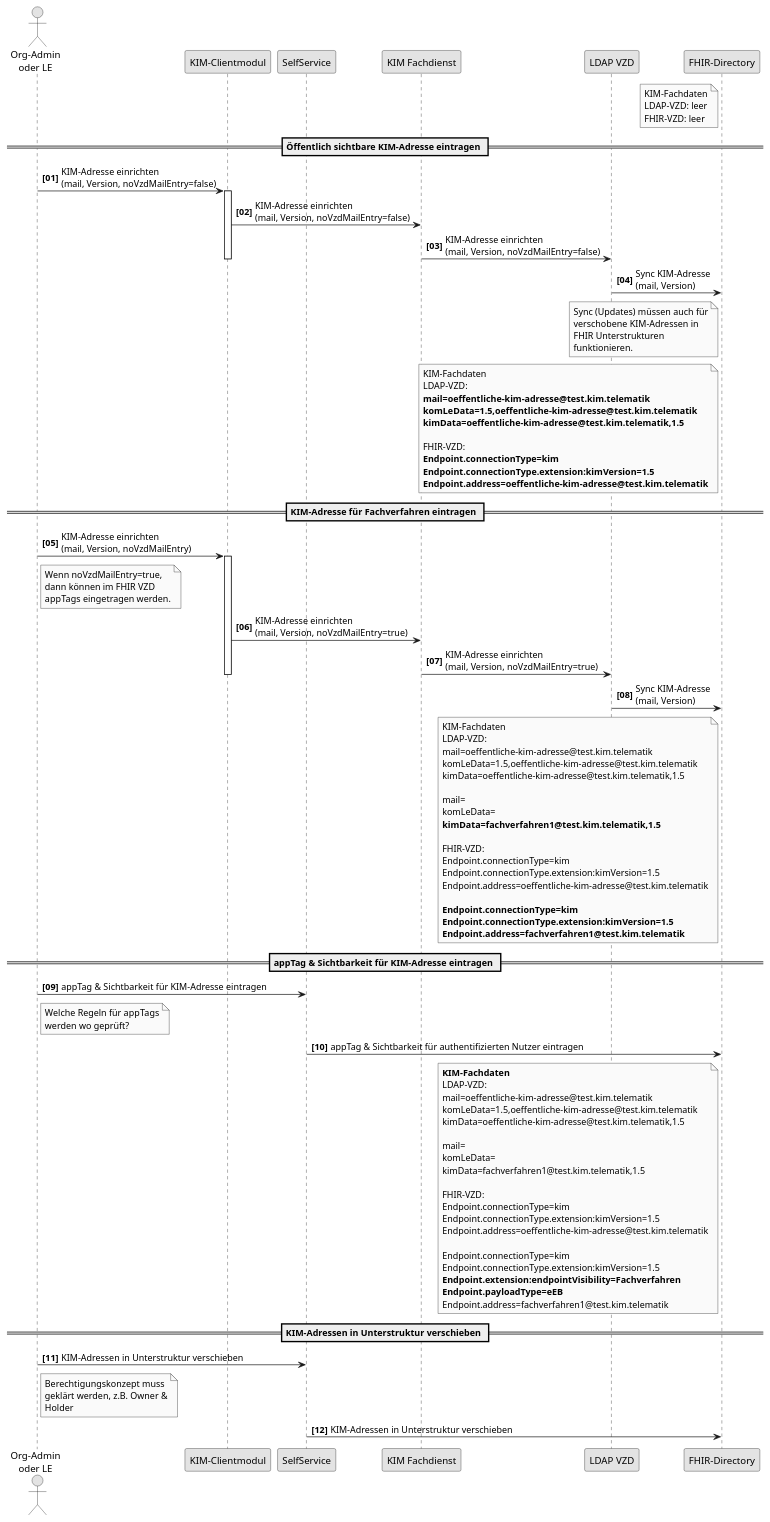
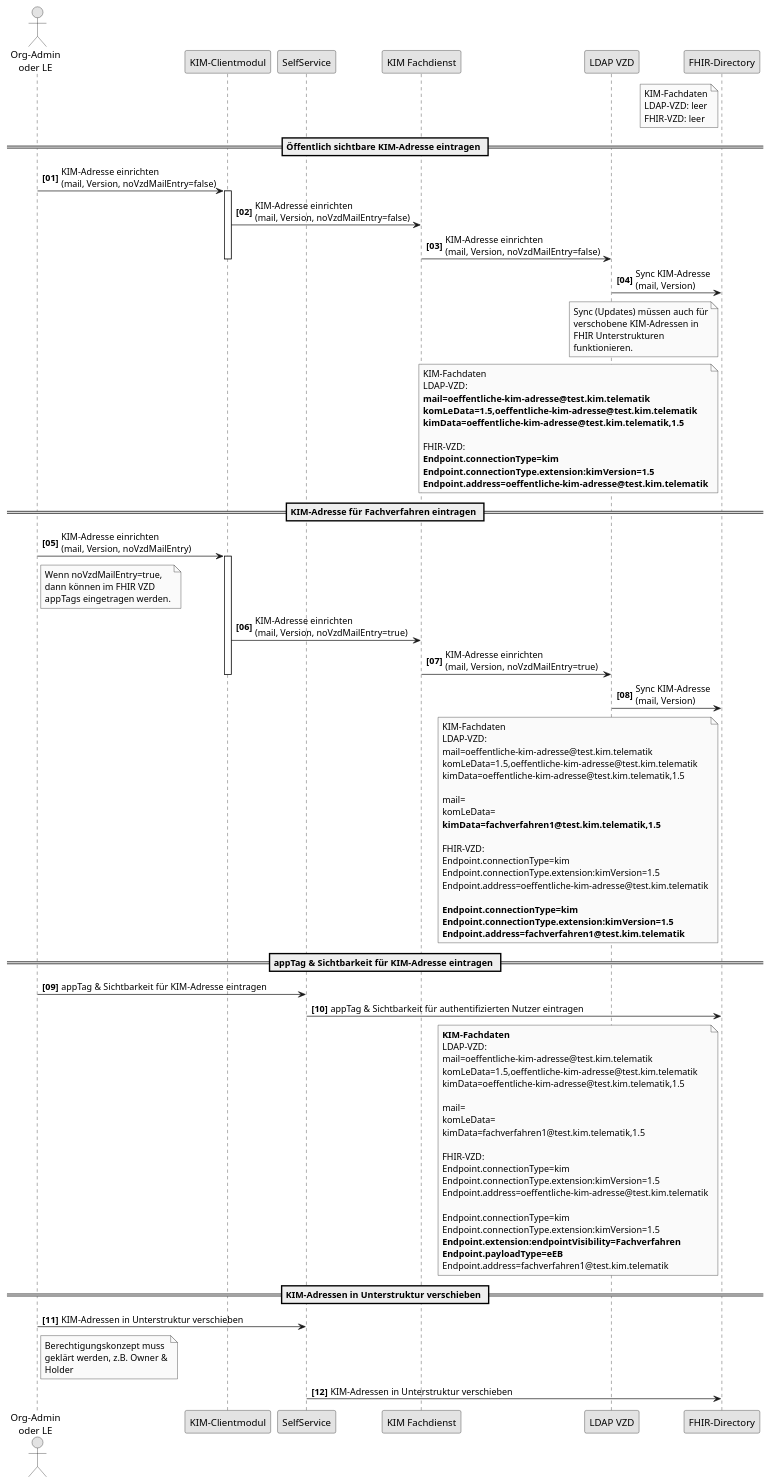
The diagram in src/plantuml/kim16/SequenceDiagram.KIM.16FHIRVZD.puml (gematik/api-vzd), drawn with PlantUML before and after one commit.

```diff
--- a/src/plantuml/kim16/SequenceDiagram.KIM.16FHIRVZD.puml
+++ b/src/plantuml/kim16/SequenceDiagram.KIM.16FHIRVZD.puml
@@ -1,122 +1,119 @@
 @startuml
 skinparam dpi 100
 skinparam WrapWidth 200
 skinparam monochrome true
 autonumber "<b>[00]"
 
 'title "FHIR-Directory, Sequenzdiagram SSP Authenticate mit Passwort"
 actor o as "Org-Admin\noder LE"
 participant cl as "KIM-Clientmodul"
 participant ssp as "SelfService"
 participant kimfd as "KIM Fachdienst"
 participant ldap as "LDAP VZD"
 participant fd as "FHIR-Directory"
 
 note left of fd 
 KIM-Fachdaten
 LDAP-VZD: leer
 FHIR-VZD: leer
 end note
 
 == Öffentlich sichtbare KIM-Adresse eintragen ==
 
 o -> cl: KIM-Adresse einrichten\n(mail, Version, noVzdMailEntry=false)
 activate cl
 cl -> kimfd: KIM-Adresse einrichten\n(mail, Version, noVzdMailEntry=false)
 kimfd -> ldap: KIM-Adresse einrichten\n(mail, Version, noVzdMailEntry=false)
 deactivate cl
 
 ldap -> fd: Sync KIM-Adresse\n(mail, Version)
 
 note left of fd 
 Sync (Updates) müssen auch für verschobene KIM-Adressen in FHIR Unterstrukturen funktionieren.
 end note
 
 
 note left of fd 
 KIM-Fachdaten
 LDAP-VZD:
 <b>mail=oeffentliche-kim-adresse@test.kim.telematik
 <b>komLeData=1.5,oeffentliche-kim-adresse@test.kim.telematik
 <b>kimData=oeffentliche-kim-adresse@test.kim.telematik,1.5
 
 FHIR-VZD:
 <b>Endpoint.connectionType=kim
 <b>Endpoint.connectionType.extension:kimVersion=1.5
 <b>Endpoint.address=oeffentliche-kim-adresse@test.kim.telematik
 end note
 
 == KIM-Adresse für Fachverfahren eintragen ==
 
 o -> cl: KIM-Adresse einrichten\n(mail, Version, noVzdMailEntry)
 activate cl
 note right of o 
 Wenn noVzdMailEntry=true, dann können im FHIR VZD appTags eingetragen werden.
 end note
 cl -> kimfd: KIM-Adresse einrichten\n(mail, Version, noVzdMailEntry=true)
 kimfd -> ldap: KIM-Adresse einrichten\n(mail, Version, noVzdMailEntry=true)
 deactivate cl
 
 ldap -> fd: Sync KIM-Adresse\n(mail, Version)
 
 note left of fd 
 KIM-Fachdaten
 LDAP-VZD:
 mail=oeffentliche-kim-adresse@test.kim.telematik
 komLeData=1.5,oeffentliche-kim-adresse@test.kim.telematik
 kimData=oeffentliche-kim-adresse@test.kim.telematik,1.5
 
 mail=
 komLeData=
 <b>kimData=fachverfahren1@test.kim.telematik,1.5
 
 FHIR-VZD:
 Endpoint.connectionType=kim
 Endpoint.connectionType.extension:kimVersion=1.5
 Endpoint.address=oeffentliche-kim-adresse@test.kim.telematik
 
 <b>Endpoint.connectionType=kim
 <b>Endpoint.connectionType.extension:kimVersion=1.5
 <b>Endpoint.address=fachverfahren1@test.kim.telematik
 end note
 
 == appTag & Sichtbarkeit für KIM-Adresse eintragen ==
 
 o -> ssp: appTag & Sichtbarkeit für KIM-Adresse eintragen
-note right of o 
-Welche Regeln für appTags werden wo geprüft?
-end note
 ssp -> fd: appTag & Sichtbarkeit für authentifizierten Nutzer eintragen
 
 note left of fd 
 <b>KIM-Fachdaten</b>
 LDAP-VZD:
 mail=oeffentliche-kim-adresse@test.kim.telematik
 komLeData=1.5,oeffentliche-kim-adresse@test.kim.telematik
 kimData=oeffentliche-kim-adresse@test.kim.telematik,1.5
 
 mail=
 komLeData=
 kimData=fachverfahren1@test.kim.telematik,1.5
 
 FHIR-VZD:
 Endpoint.connectionType=kim
 Endpoint.connectionType.extension:kimVersion=1.5
 Endpoint.address=oeffentliche-kim-adresse@test.kim.telematik
 
 Endpoint.connectionType=kim
 Endpoint.connectionType.extension:kimVersion=1.5
 <b>Endpoint.extension:endpointVisibility=Fachverfahren
 <b>Endpoint.payloadType=eEB</b>
 Endpoint.address=fachverfahren1@test.kim.telematik
 end note
 
 == KIM-Adressen in Unterstruktur verschieben ==
 
 o -> ssp: KIM-Adressen in Unterstruktur verschieben
 note right of o 
 Berechtigungskonzept muss geklärt werden, z.B. Owner & Holder
 end note
 ssp -> fd: KIM-Adressen in Unterstruktur verschieben
 
 @enduml
```
